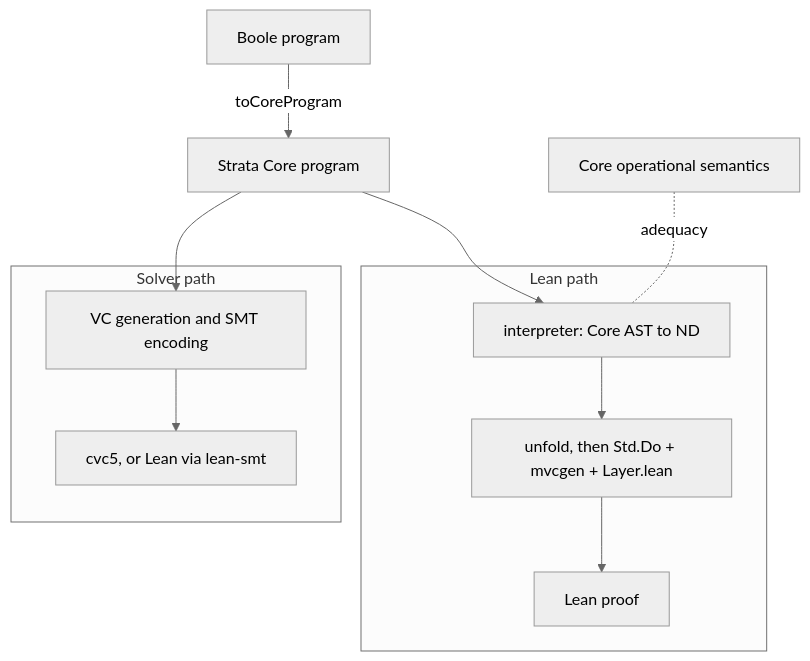
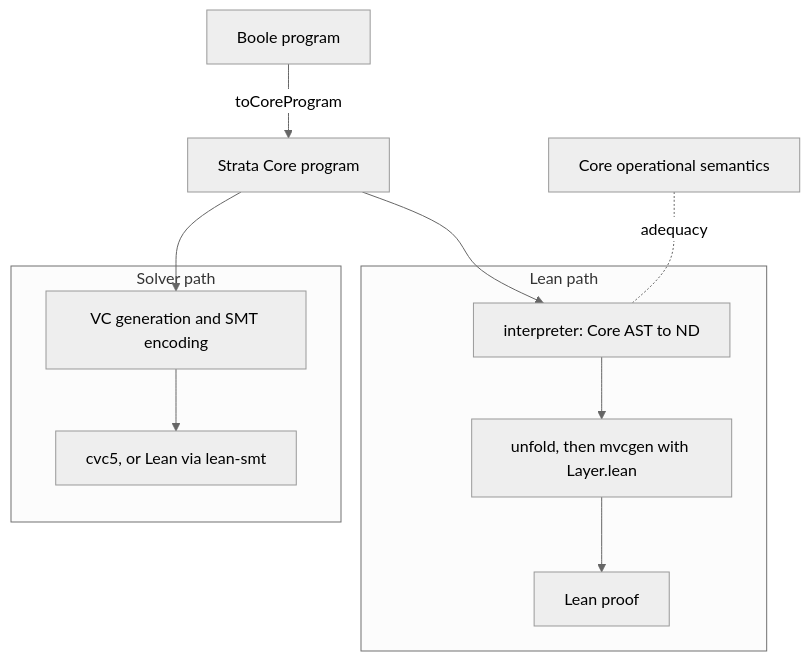
Before and after one commit to strata-org/Strata-Boole: the diagram in docs/ShallowEmbedding.md, drawn with Mermaid (neutral theme). The commit also changed other lines of this file, not shown here.

````diff
--- a/docs/ShallowEmbedding.md
+++ b/docs/ShallowEmbedding.md
@@ -10,14 +11,14 @@
 ```mermaid
 flowchart TD
     B["Boole program"] -->|toCoreProgram| C["Strata Core program"]
     subgraph solver ["Solver path"]
         V["VC generation and SMT encoding"] --> S["cvc5, or Lean via lean-smt"]
     end
     subgraph lean ["Lean path"]
-        I["interpreter: Core AST to ND"] --> G["unfold, then Std.Do + mvcgen + Layer.lean"]
+        I["interpreter: Core AST to ND"] --> G["unfold, then mvcgen with Layer.lean"]
         G --> P["Lean proof"]
     end
     C --> V
     C --> I
     O["Core operational semantics"] -. adequacy .- I
 ```
````
